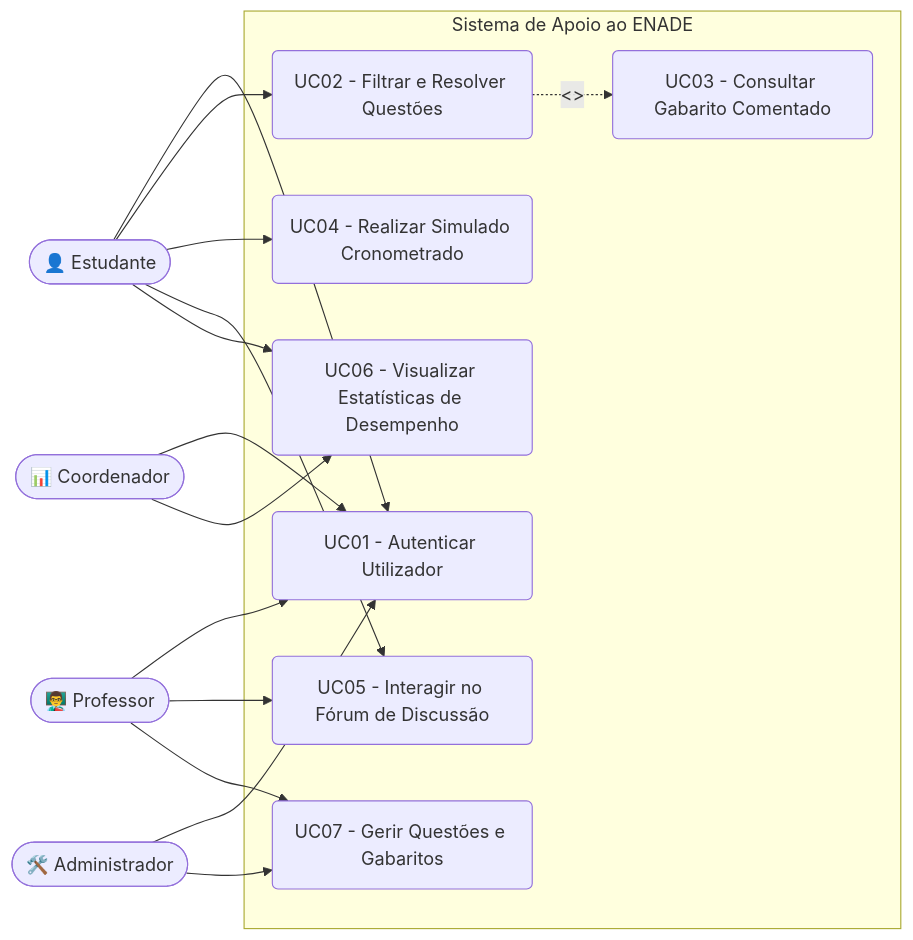
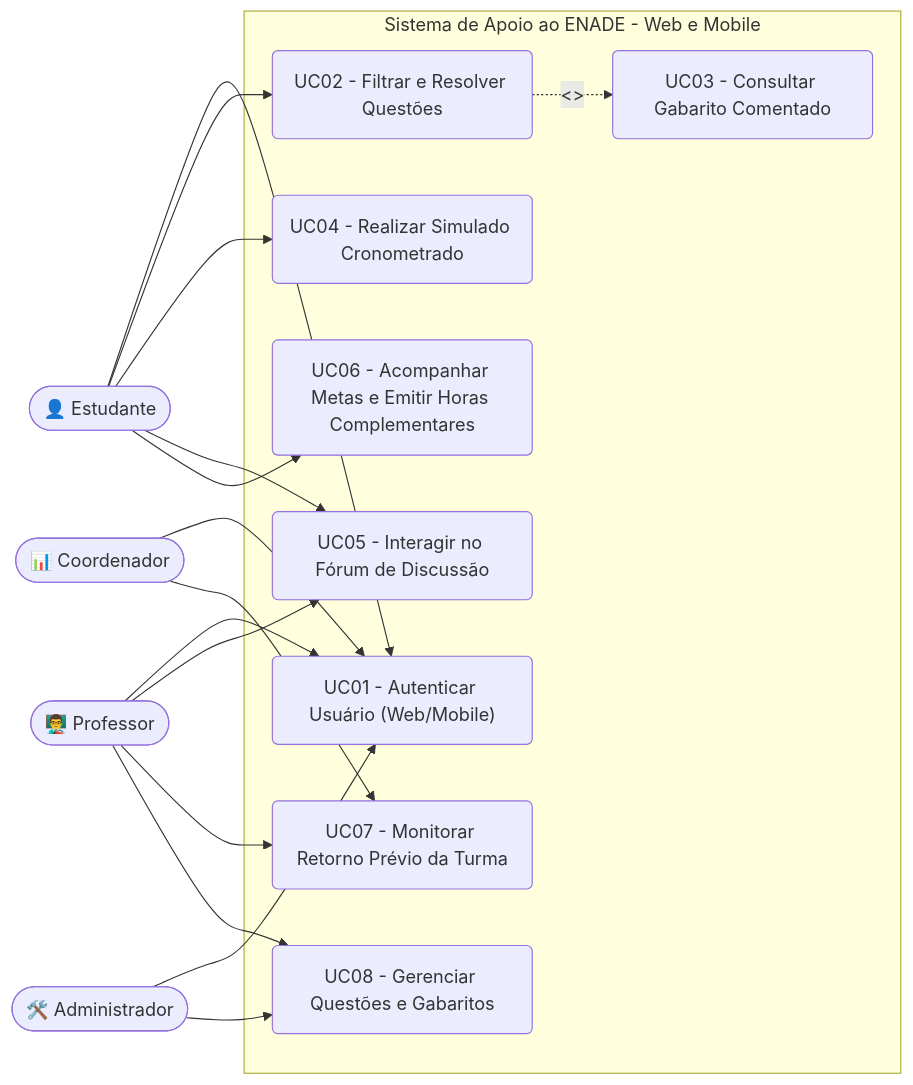
The first of 3 diagrams in README.md (joaohgabriell/sistema-apoio-enade-unifor), drawn with Mermaid before and after one commit. The commit also changed other lines of this file, not shown here.

Commit message:
feat: adiciona monitoramento previo docente e sistema de incentivo aos alunos

```diff
--- a/README.md
+++ b/README.md
@@ -82,23 +93,24 @@
 ~~~mermaid
 flowchart LR
     Est(["👤 Estudante"])
     Prof(["👨‍🏫 Professor"])
     Coord(["📊 Coordenador"])
     Adm(["🛠️ Administrador"])
 
-    subgraph Sistema de Apoio ao ENADE
-        UC1("UC01 - Autenticar Utilizador")
+    subgraph Sistema de Apoio ao ENADE - Web e Mobile
+        UC1("UC01 - Autenticar Usuário (Web/Mobile)")
         UC2("UC02 - Filtrar e Resolver Questões")
         UC3("UC03 - Consultar Gabarito Comentado")
         UC4("UC04 - Realizar Simulado Cronometrado")
         UC5("UC05 - Interagir no Fórum de Discussão")
-        UC6("UC06 - Visualizar Estatísticas de Desempenho")
-        UC7("UC07 - Gerir Questões e Gabaritos")
+        UC6("UC06 - Acompanhar Metas e Emitir Horas Complementares")
+        UC7("UC07 - Monitorar Retorno Prévio da Turma")
+        UC8("UC08 - Gerenciar Questões e Gabaritos")
     end
 
     Est --> UC1 & UC2 & UC4 & UC5 & UC6
     UC2 -.->|"<<extend>>"| UC3
-    Prof --> UC1 & UC5 & UC7
-    Coord --> UC1 & UC6
-    Adm --> UC1 & UC7
+    Prof --> UC1 & UC5 & UC7 & UC8
+    Coord --> UC1 & UC7
+    Adm --> UC1 & UC8
 ~~~
```
